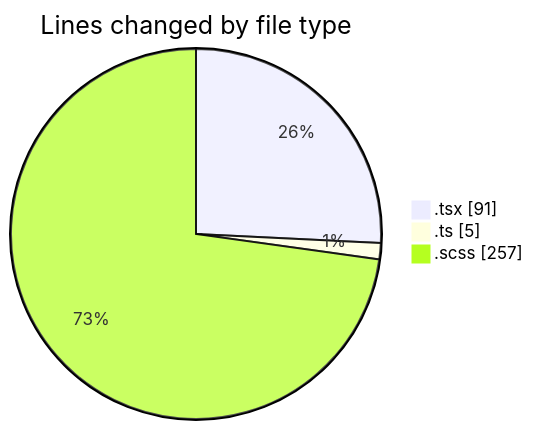
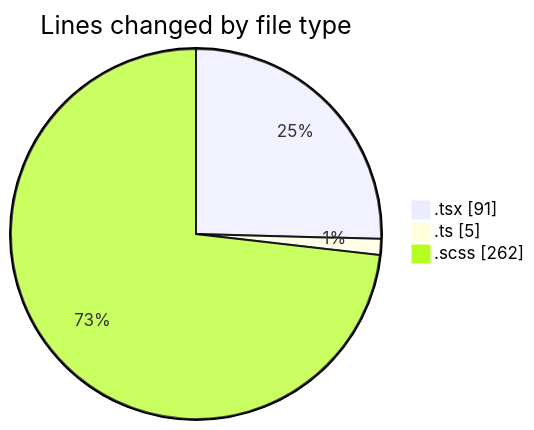
The first of 2 diagrams in 2025-02-28/cda/README.md (momahboobian/code-tracking), drawn with Mermaid before and after one commit. The commit also changed other lines of this file and 1 other file, not shown here.

````diff
--- a/2025-02-28/cda/README.md
+++ b/2025-02-28/cda/README.md
@@ -25,7 +25,7 @@
 ```mermaid
 pie showData
 title Lines changed by file type
 ".tsx" : 91
 ".ts" : 5
-".scss" : 257
+".scss" : 262
 ```
````
